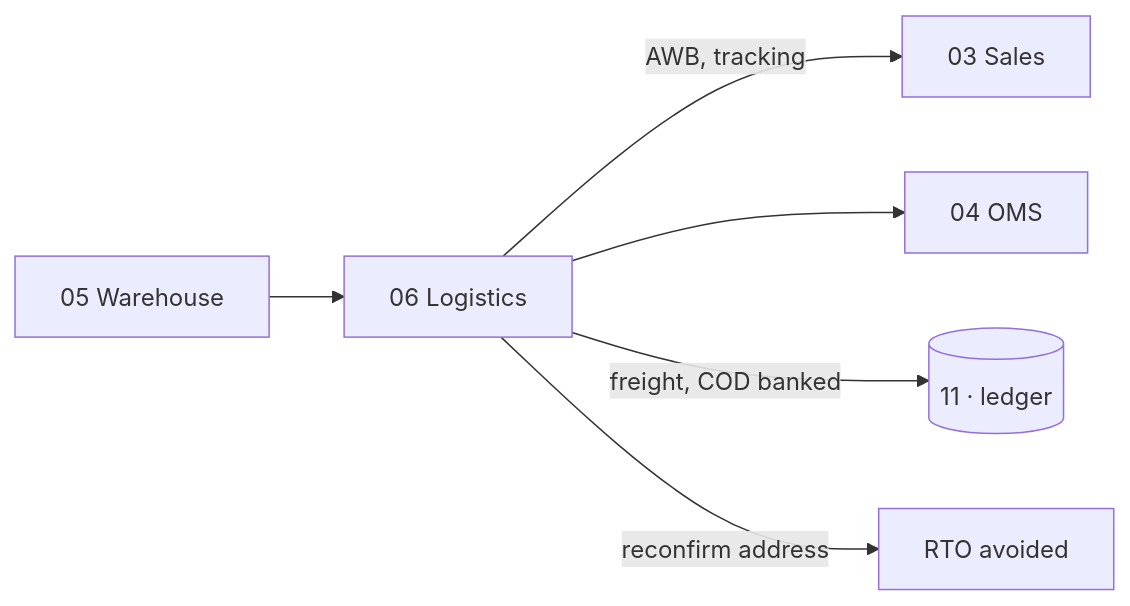
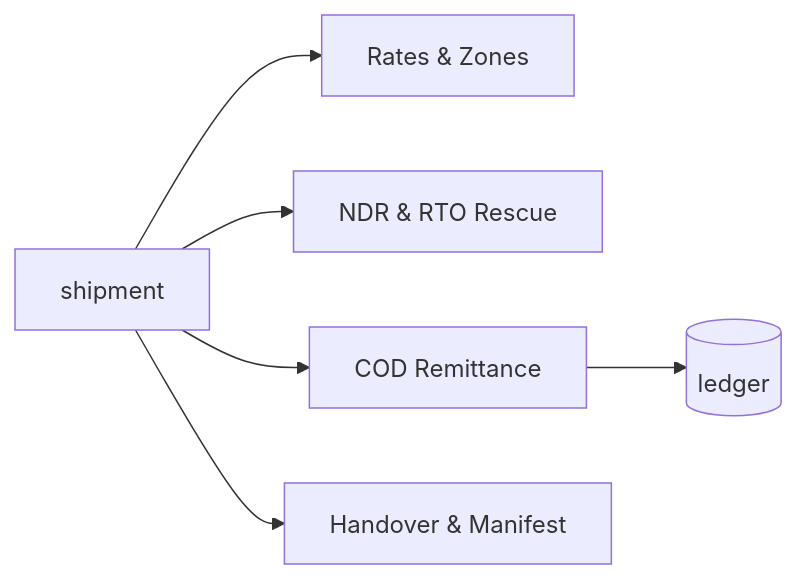
Before and after one commit to vastrangam/AI_Content_Engine: the sixth of 16 diagrams in VASTRANGAM_MODULES_COMPLETE.md, drawn with Mermaid. The commit also changed other lines of this file and 1 other file, not shown here.

````diff
--- a/VASTRANGAM_MODULES_COMPLETE.md
+++ b/VASTRANGAM_MODULES_COMPLETE.md
@@ -520,8 +463,8 @@
 ```mermaid
 flowchart LR
-  W[05 Warehouse] --> L[06 Logistics]
-  L -->|AWB, tracking| S[03 Sales]
-  L --> O[04 OMS]
-  L -->|freight, COD banked| GL[(11 · ledger)]
-  L -->|reconfirm address| RTO[RTO avoided]
+  SHIP[shipment] --> RATE[Rates & Zones]
+  SHIP --> NDR[NDR & RTO Rescue]
+  SHIP --> COD[COD Remittance]
+  SHIP --> MAN[Handover & Manifest]
+  COD --> GL[(ledger)]
 ```
````
